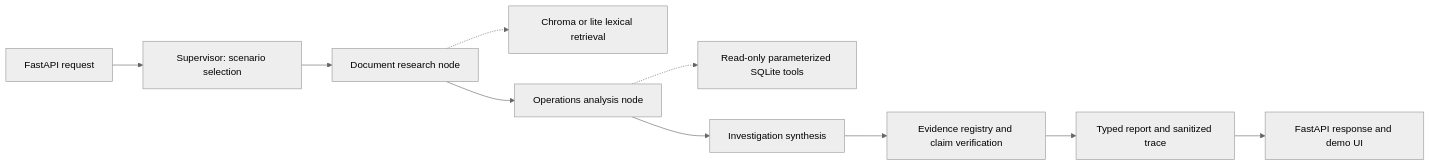
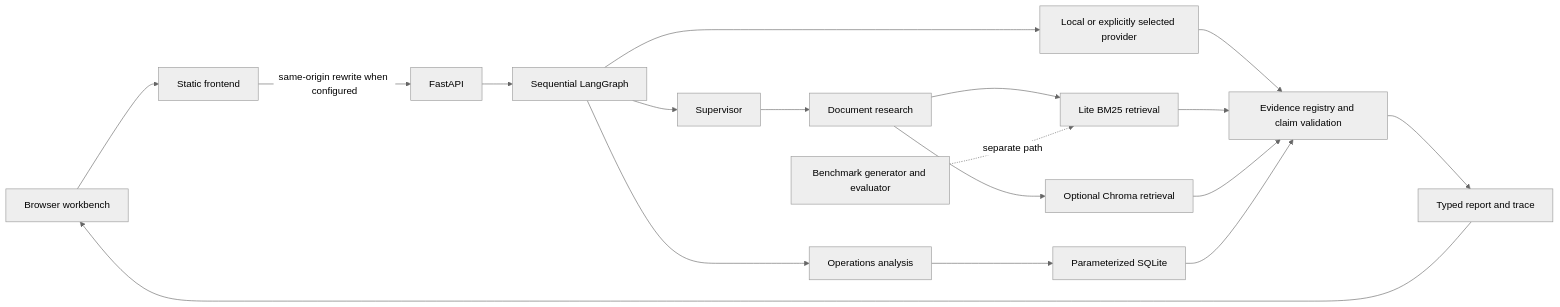
One commit to itsmyfacade/RAG-AI-Evidence-Grounded-Intelligence-System changed the diagram in README.md. Above: the diagram before and after it, drawn with Mermaid (neutral theme). The commit also changed other lines of this file and 28 other files, not shown here.

Commit message:
feat: finalize AEGIS evidence-grounded investigation showcase

````diff
--- a/README.md
+++ b/README.md
@@ -15,12 +46,20 @@
 ```mermaid
 flowchart LR
-    U[FastAPI request] --> S[Supervisor: scenario selection]
-    S --> D[Document research node]
-    D -.-> R[Chroma or lite lexical retrieval]
-    D --> O[Operations analysis node]
-    O -.-> Q[Read-only parameterized SQLite tools]
-    O --> I[Investigation synthesis]
-    I --> V[Evidence registry and claim verification]
-    V --> F[Typed report and sanitized trace]
-    F --> API[FastAPI response and demo UI]
+    B[Browser workbench] --> F[Static frontend]
+    F -->|same-origin rewrite when configured| A[FastAPI]
+    A --> G[Sequential LangGraph]
+    G --> S[Supervisor]
+    S --> D[Document research]
+    D --> L[Lite BM25 retrieval]
+    D --> C[Optional Chroma retrieval]
+    G --> O[Operations analysis]
+    O --> Q[Parameterized SQLite]
+    G --> Y[Local or explicitly selected provider]
+    Y --> V[Evidence registry and claim validation]
+    L --> V
+    C --> V
+    Q --> V
+    V --> R[Typed report and trace]
+    R --> B
+    E[Benchmark generator and evaluator] -. separate path .-> L
 ```
````
